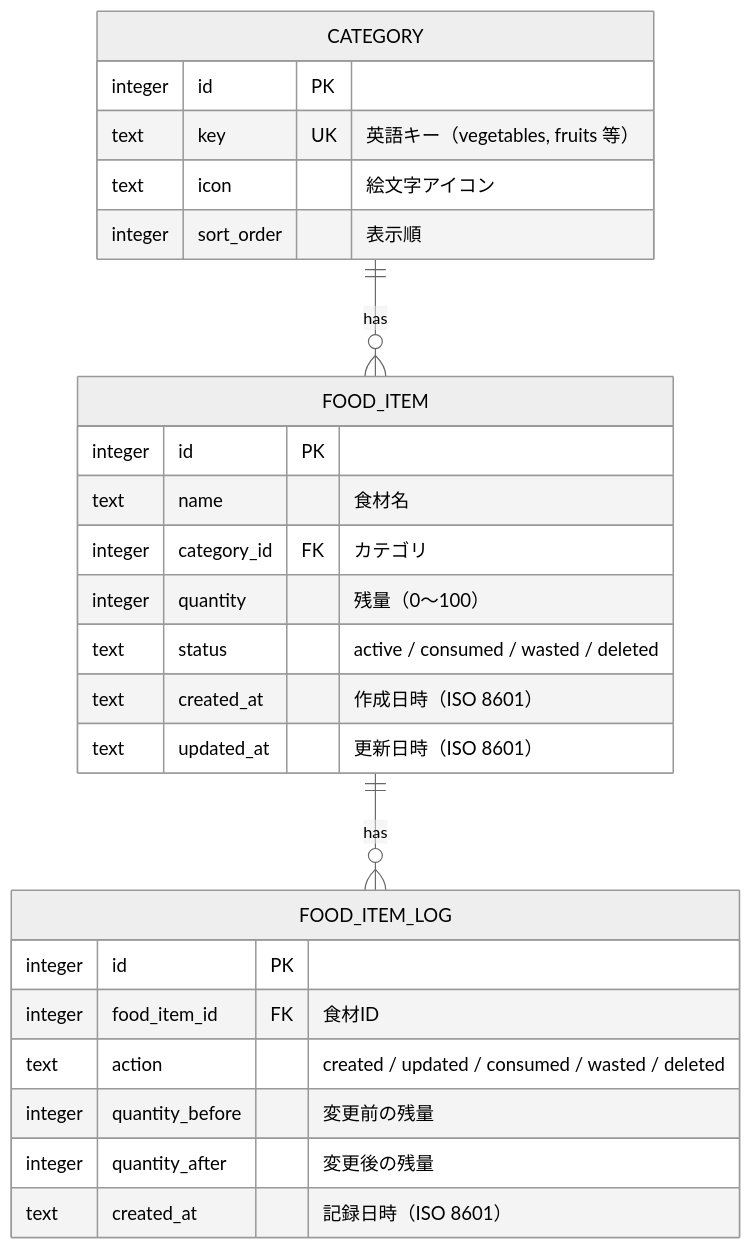
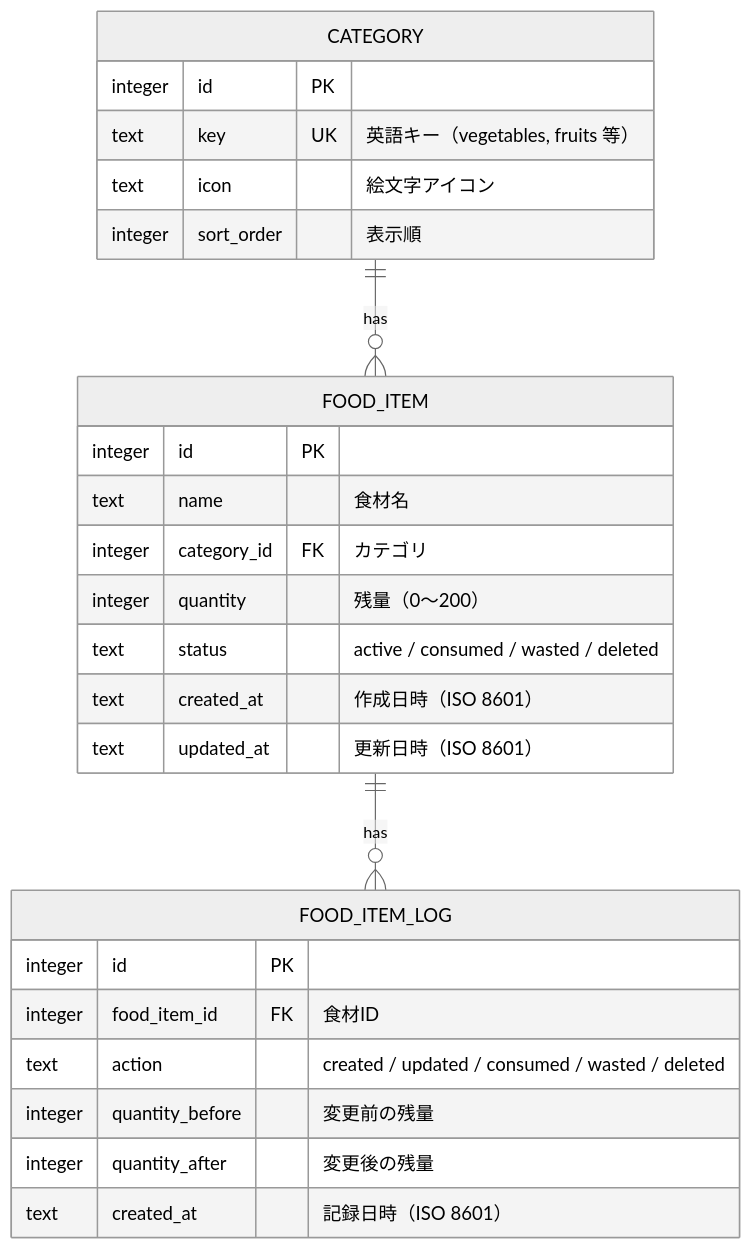
One commit to tigaweb/mottainai changed the first of 2 diagrams in docs/functional-design.md. Above: the diagram before and after it, drawn with Mermaid (neutral theme). The commit also changed other lines of this file, not shown here.

````diff
--- a/docs/functional-design.md
+++ b/docs/functional-design.md
@@ -7,31 +7,31 @@
 ```mermaid
 erDiagram
     FOOD_ITEM ||--o{ FOOD_ITEM_LOG : "has"
     CATEGORY ||--o{ FOOD_ITEM : "has"
 
     CATEGORY {
         integer id PK
         text key UK "英語キー（vegetables, fruits 等）"
         text icon "絵文字アイコン"
         integer sort_order "表示順"
     }
 
     FOOD_ITEM {
         integer id PK
         text name "食材名"
         integer category_id FK "カテゴリ"
-        integer quantity "残量（0〜100）"
+        integer quantity "残量（0〜200）"
         text status "active / consumed / wasted / deleted"
         text created_at "作成日時（ISO 8601）"
         text updated_at "更新日時（ISO 8601）"
     }
 
     FOOD_ITEM_LOG {
         integer id PK
         integer food_item_id FK "食材ID"
         text action "created / updated / consumed / wasted / deleted"
         integer quantity_before "変更前の残量"
         integer quantity_after "変更後の残量"
         text created_at "記録日時（ISO 8601）"
     }
 ```
````
